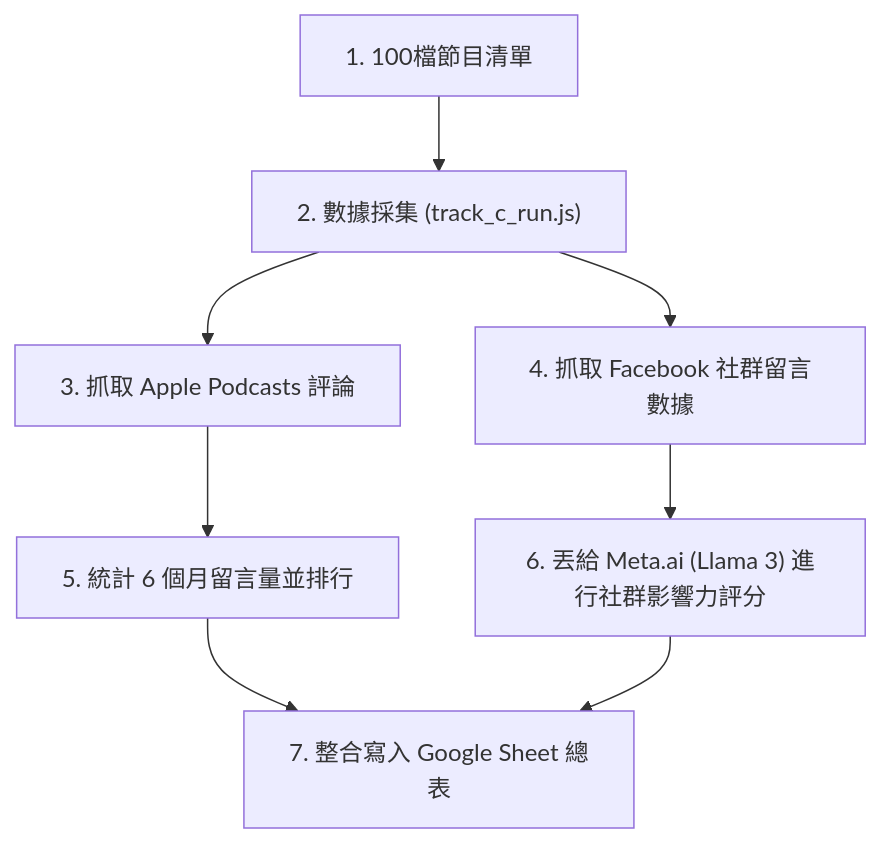
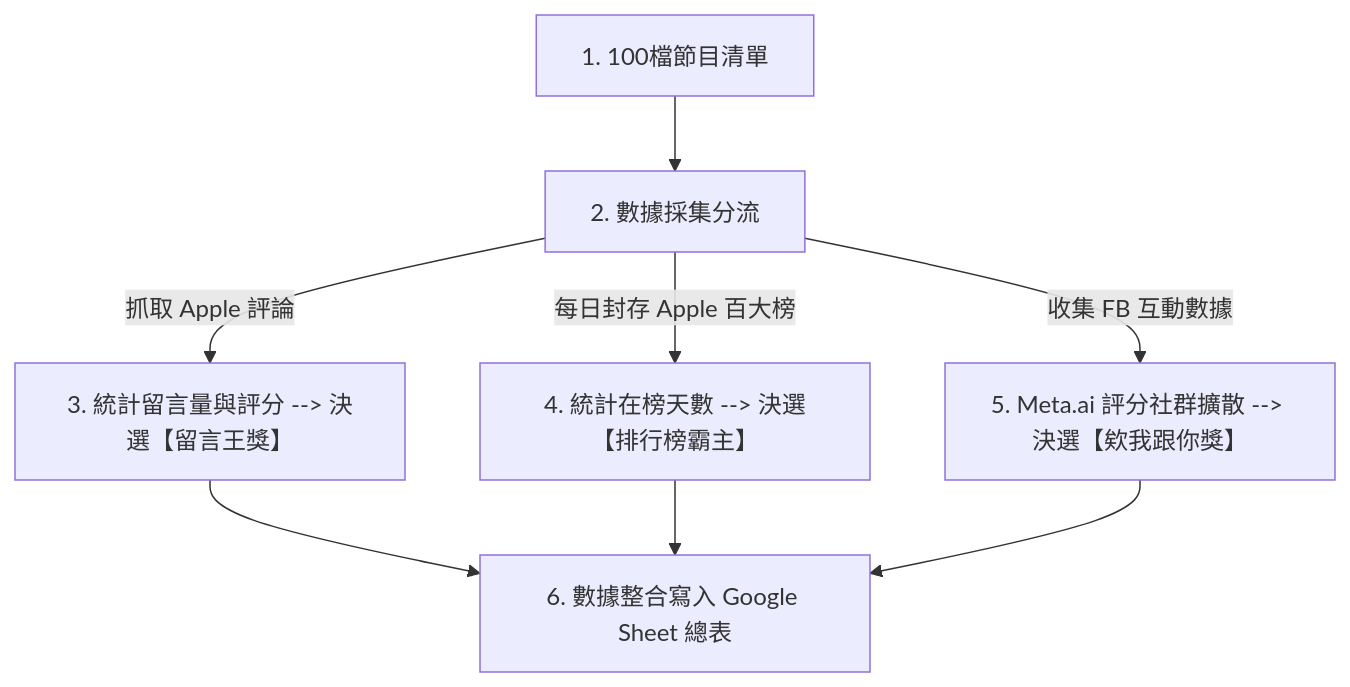
The third of 3 diagrams in podcast_evaluation_workflow.md (mandyaispace-glitch/sdh-award), drawn with Mermaid before and after one commit. The commit also changed other lines of this file and 1 other file, not shown here.

Commit message:
Update Track C Mermaid flowchart to detail Apple awards (留言王獎 and 排行榜霸主)

````diff
--- a/podcast_evaluation_workflow.md
+++ b/podcast_evaluation_workflow.md
@@ -92,10 +92,12 @@
 ```mermaid
 flowchart TD
-    A["1. 100檔節目清單"] --> B["2. 數據採集 (track_c_run.js)"]
-    B --> C["3. 抓取 Apple Podcasts 評論"]
-    B --> D["4. 抓取 Facebook 社群留言數據"]
-    C --> E["5. 統計 6 個月留言量並排行"]
-    D --> F["6. 丟給 Meta.ai (Llama 3) 進行社群影響力評分"]
-    E --> G["7. 整合寫入 Google Sheet 總表"]
-    F --> G
+    A["1. 100檔節目清單"] --> B["2. 數據採集分流"]
+    
+    B -->|"抓取 Apple 評論"| C["3. 統計留言量與評分 --> 決選【留言王獎】"]
+    B -->|"每日封存 Apple 百大榜"| D["4. 統計在榜天數 --> 決選【排行榜霸主】"]
+    B -->|"收集 FB 互動數據"| E["5. Meta.ai 評分社群擴散 --> 決選【欸我跟你獎】"]
+    
+    C --> F["6. 數據整合寫入 Google Sheet 總表"]
+    D --> F
+    E --> F
 ```
````
